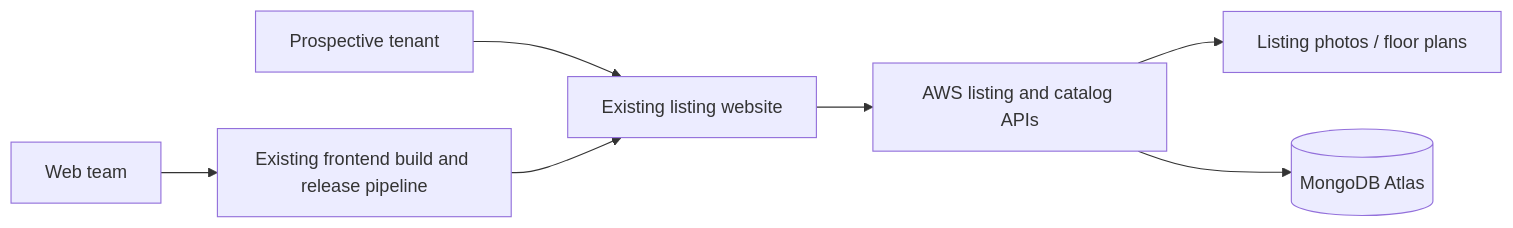
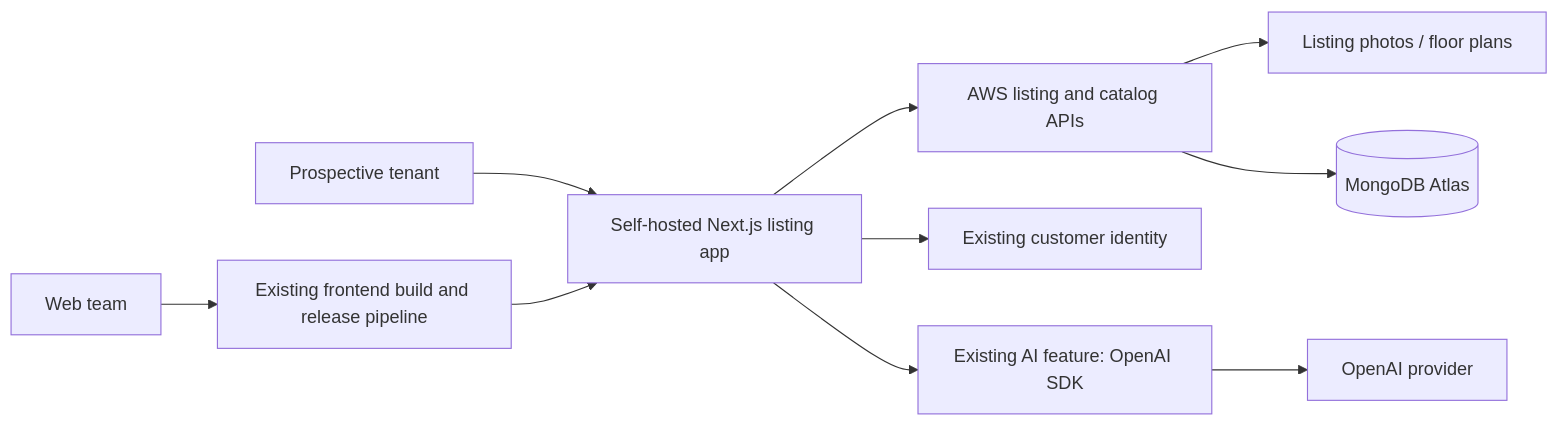
The first of 3 diagrams in docs/architecture.md (kyuhunlee/voxbuild), drawn with Mermaid before and after one commit. The commit also changed other lines of this file and 7 other files, not shown here.

````diff
--- a/docs/architecture.md
+++ b/docs/architecture.md
@@ -9,9 +9,12 @@
 ```mermaid
 flowchart LR
-  Tenant["Prospective tenant"] --> Web["Existing listing website"]
+  Tenant["Prospective tenant"] --> Web["Self-hosted Next.js listing app"]
   Web --> AWS["AWS listing and catalog APIs"]
   AWS --> Photos["Listing photos / floor plans"]
   AWS --> Atlas[("MongoDB Atlas")]
+  Web --> Identity["Existing customer identity"]
+  Web --> SDK["Existing AI feature: OpenAI SDK"]
+  SDK --> Model["OpenAI provider"]
   Team["Web team"] --> Pipeline["Existing frontend build and release pipeline"]
   Pipeline --> Web
 ```
````
